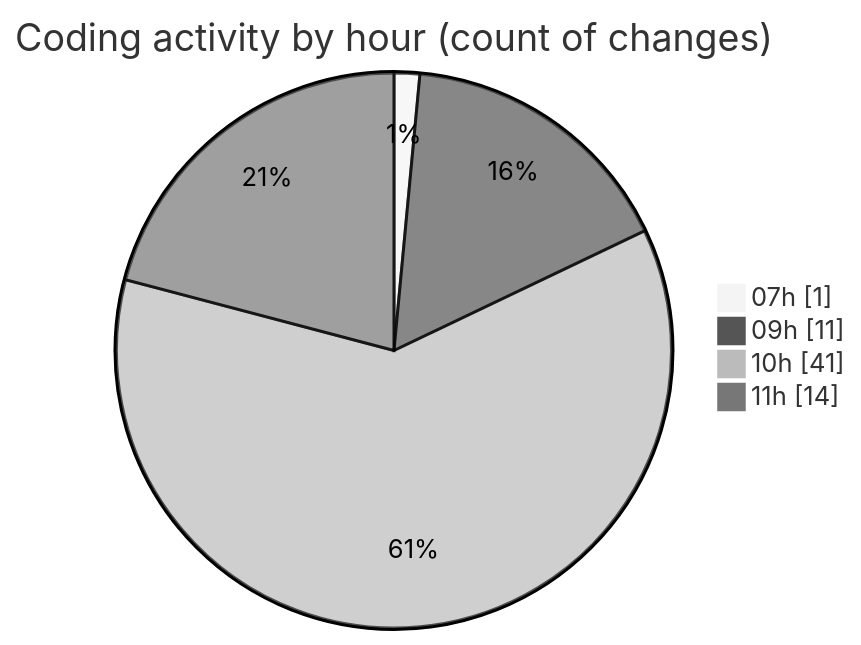
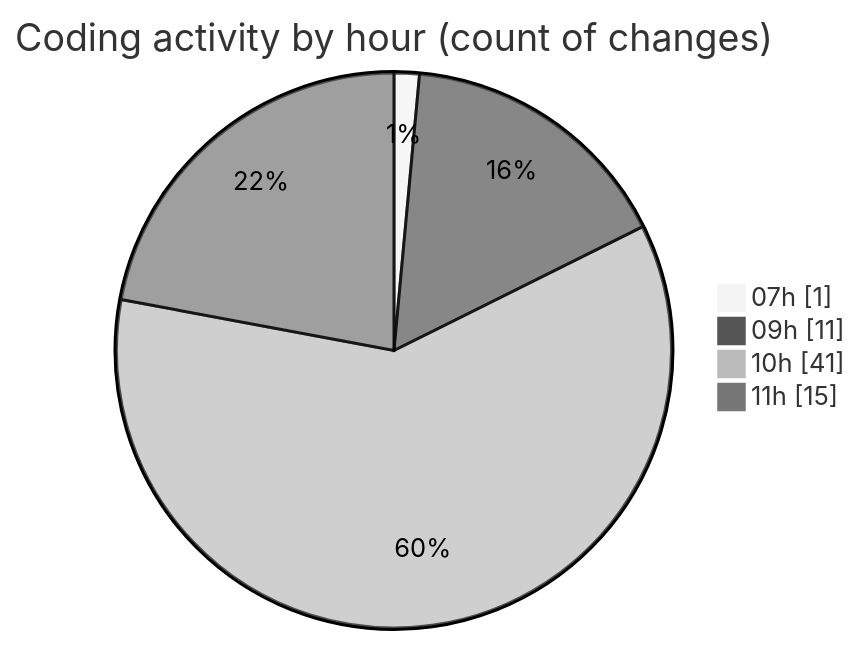
Before and after one commit to becaeroporto-bot/code-tracking: the second of 2 diagrams in 2026-02-17/id_ia/README.md, drawn with Mermaid (neutral theme). The commit also changed other lines of this file and 1 other file, not shown here.

````diff
--- a/2026-02-17/id_ia/README.md
+++ b/2026-02-17/id_ia/README.md
@@ -59,8 +60,8 @@
 ```mermaid
 pie showData
 title Coding activity by hour (count of changes)
 "07h" : 1
 "09h" : 11
 "10h" : 41
-"11h" : 14
+"11h" : 15
 ```
````
